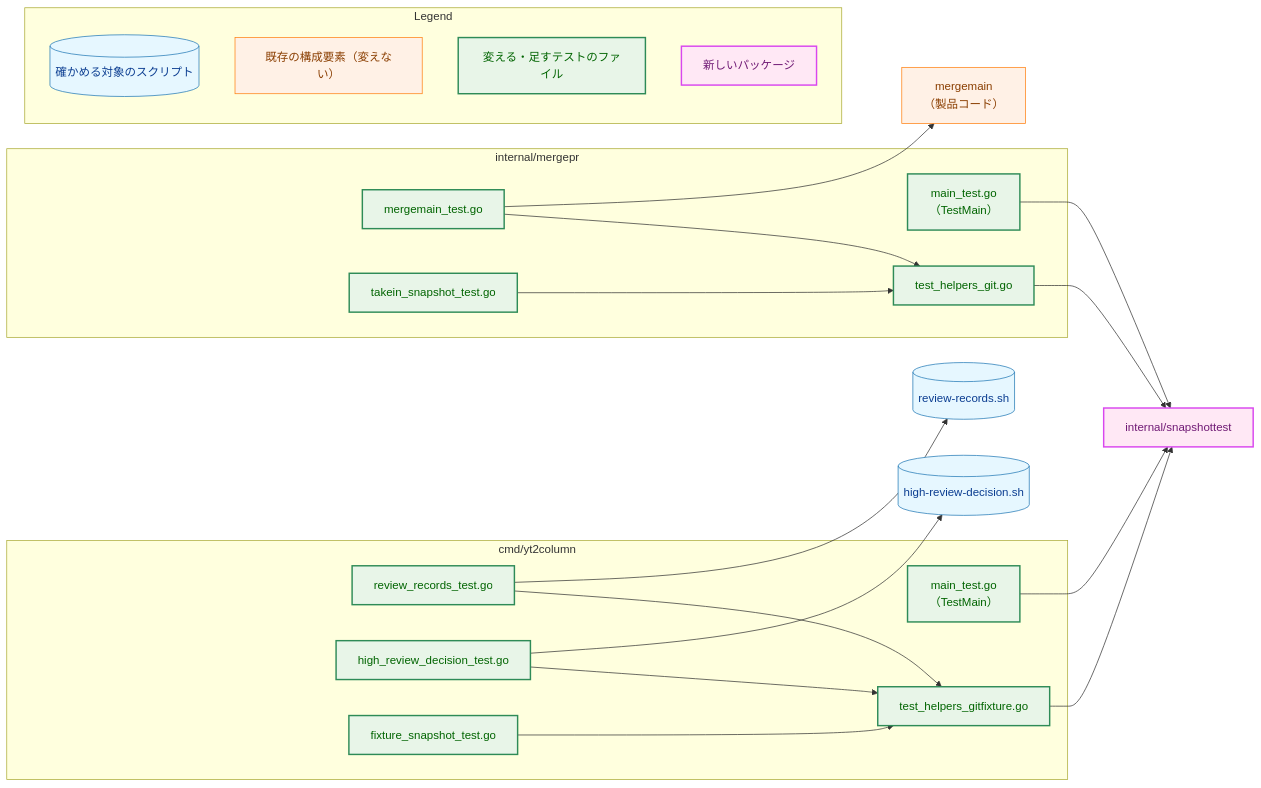
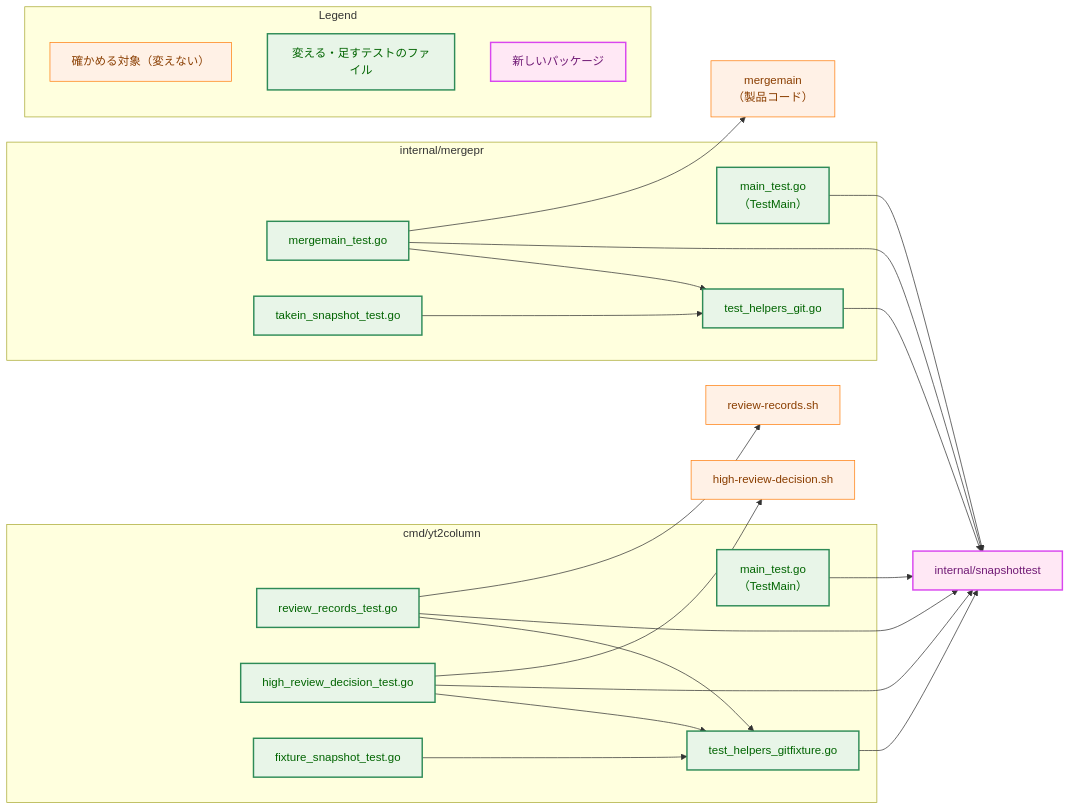
One commit to isseis/yt2column changed the second of 4 diagrams in docs/tasks/0127_git_fixture_test_speedup/02_architecture.md. Above: the diagram before and after it, drawn with Mermaid. The commit also changed other lines of this file, not shown here.

First line of the commit message:
docs(0127): address the architecture review and Japanese prose findings

````diff
--- a/docs/tasks/0127_git_fixture_test_speedup/02_architecture.md
+++ b/docs/tasks/0127_git_fixture_test_speedup/02_architecture.md
@@ -125,54 +121,53 @@
 ```mermaid
 flowchart LR
-    classDef data fill:#e6f7ff,stroke:#1f77b4,stroke-width:1px,color:#0b3d91;
     classDef process fill:#fff1e6,stroke:#ff7f0e,stroke-width:1px,color:#8a3e00;
     classDef enhanced fill:#e8f5e8,stroke:#2e8b57,stroke-width:2px,color:#006400;
     classDef newpkg fill:#ffe8f5,stroke:#d946ef,stroke-width:2px,color:#701a75;
 
     subgraph CMD["cmd/yt2column"]
         MAIN1["main_test.go<br>（TestMain）"]
         RR["review_records_test.go"]
         HRD["high_review_decision_test.go"]
         GF["test_helpers_gitfixture.go"]
         EQ1["fixture_snapshot_test.go"]
     end
     subgraph MPR["internal/mergepr"]
         MAIN2["main_test.go<br>（TestMain）"]
         MM["mergemain_test.go"]
         TH["test_helpers_git.go"]
         EQ2["takein_snapshot_test.go"]
     end
     SNAP["internal/snapshottest"]
-    RRS[("review-records.sh")]
-    HRDS[("high-review-decision.sh")]
+    RRS["review-records.sh"]
+    HRDS["high-review-decision.sh"]
     TOOL["mergemain<br>（製品コード）"]
 
     MAIN1 --> SNAP
     MAIN2 --> SNAP
     RR --> GF
+    RR --> SNAP
     HRD --> GF
+    HRD --> SNAP
     EQ1 --> GF
     GF --> SNAP
     MM --> TH
+    MM --> SNAP
     EQ2 --> TH
     TH --> SNAP
     RR --> RRS
     HRD --> HRDS
     MM --> TOOL
 
-    class RRS,HRDS data
-    class TOOL process
+    class RRS,HRDS,TOOL process
     class MAIN1,RR,HRD,GF,EQ1,MAIN2,MM,TH,EQ2 enhanced
     class SNAP newpkg
 
     subgraph Legend["Legend"]
-        L1[("確かめる対象のスクリプト")]
-        L2["既存の構成要素（変えない）"]
+        L2["確かめる対象（変えない）"]
         L3["変える・足すテストのファイル"]
         L4["新しいパッケージ"]
     end
-    class L1 data
     class L2 process
     class L3 enhanced
     class L4 newpkg
 ```
````
